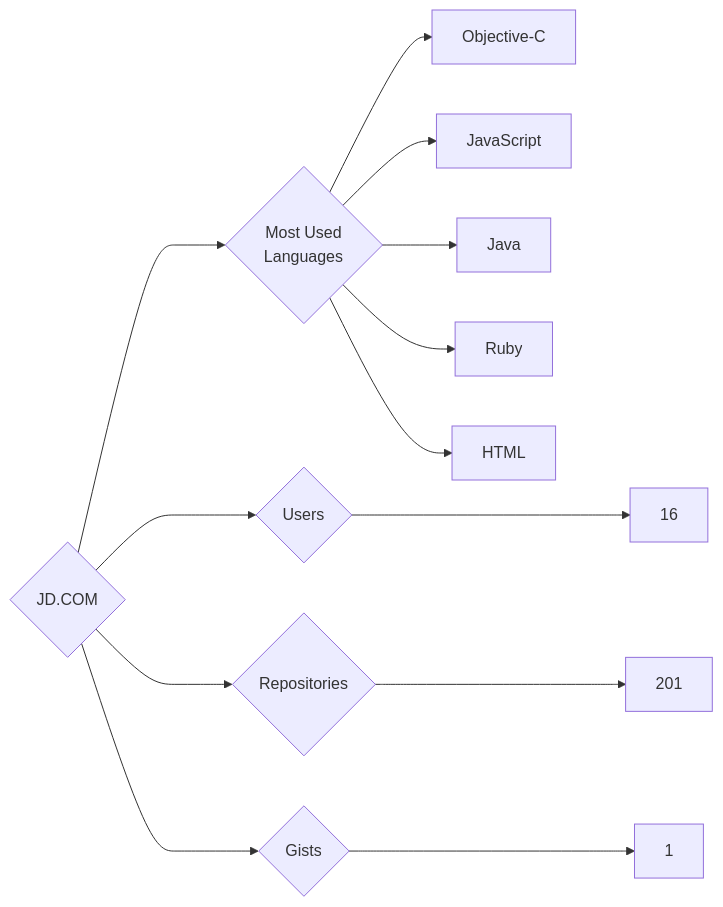
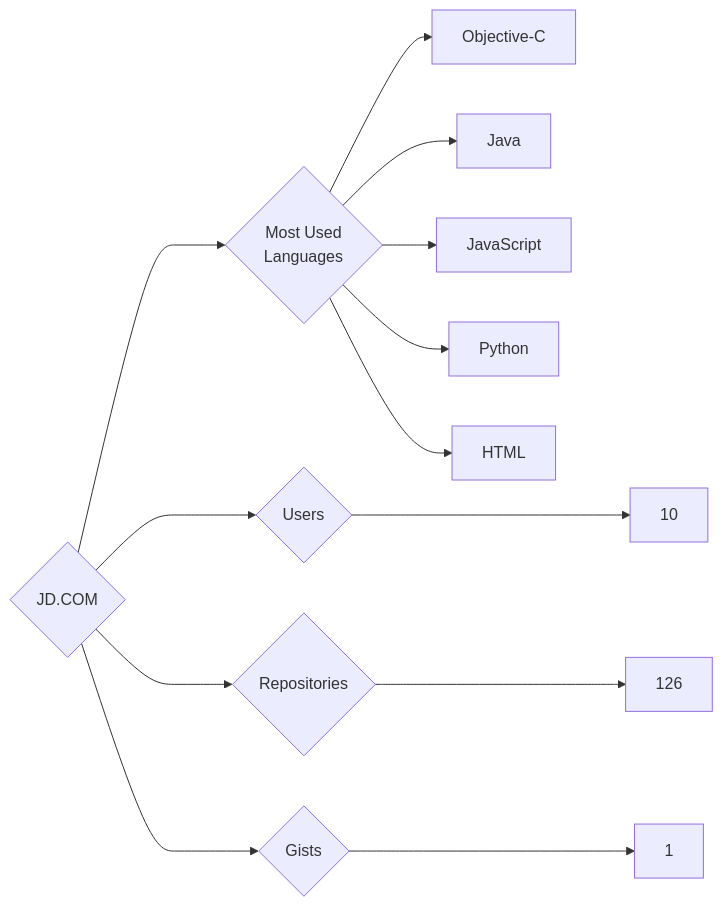
The diagram in targets/JD.COM/README.md (trickest/insiders), drawn with Mermaid before and after one commit. The commit also changed 1195 other files, not shown here.

````diff
--- a/targets/JD.COM/README.md
+++ b/targets/JD.COM/README.md
@@ -3,13 +3,13 @@
 ```mermaid
 graph LR
 COMPANY_NAME{JD.COM}
-COMPANY_NAME ---> U{Users} ---> UN[16]
-COMPANY_NAME ---> R{Repositories} ---> RN[201]
+COMPANY_NAME ---> U{Users} ---> UN[10]
+COMPANY_NAME ---> R{Repositories} ---> RN[126]
 COMPANY_NAME ---> G{Gists} ---> GN[1]
 COMPANY_NAME ---> ML{Most Used<br>Languages}
 ML --> Objective-C[Objective-C]
+ML --> Java[Java]
 ML --> JavaScript[JavaScript]
-ML --> Java[Java]
-ML --> Ruby[Ruby]
+ML --> Python[Python]
 ML --> HTML[HTML]
 ```
````
